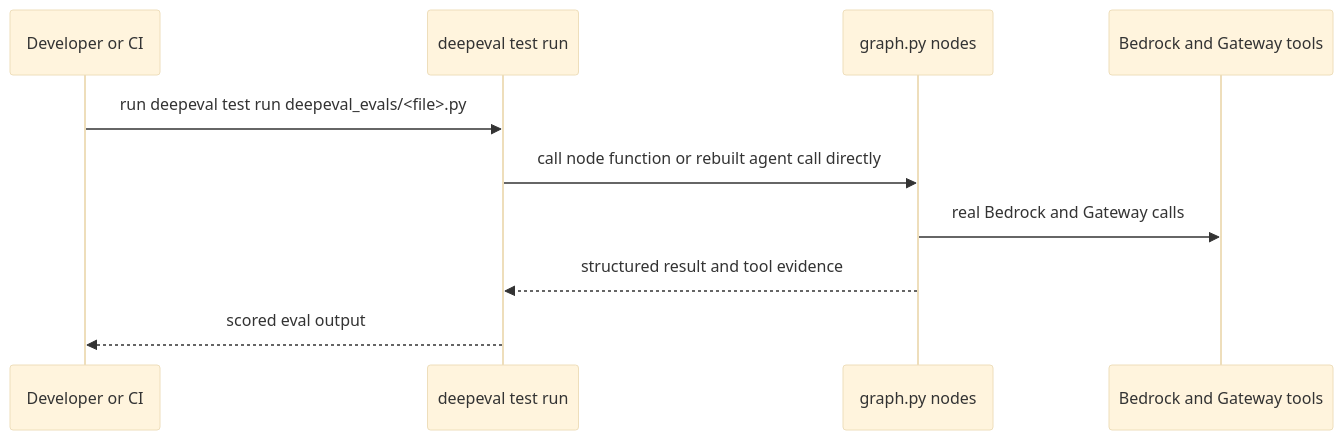
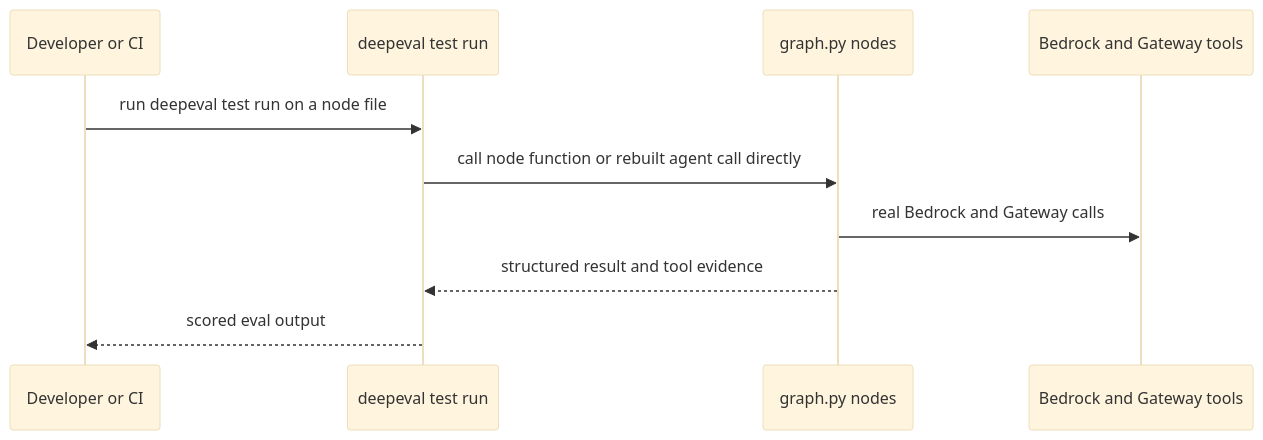
The second of 4 diagrams in openwiki/operations/deployment-and-evals.md (stevejgoodman/fionaa-aws), drawn with Mermaid (base theme) before and after one commit. The commit also changed other lines of this file and 37 other files, not shown here.

Commit message:
Add PASF/PADE readiness-triage assessment, architecture docs, and refreshed OpenWiki

````diff
--- a/openwiki/operations/deployment-and-evals.md
+++ b/openwiki/operations/deployment-and-evals.md
@@ -78,13 +73,13 @@
 ```mermaid
 sequenceDiagram
   participant Dev as Developer or CI
   participant DeepEval as deepeval test run
   participant NodeFns as graph.py nodes
   participant Tools as Bedrock and Gateway tools
 
-  Dev->>DeepEval: run deepeval test run deepeval_evals/<file>.py
+  Dev->>DeepEval: run deepeval test run on a node file
   DeepEval->>NodeFns: call node function or rebuilt agent call directly
   NodeFns->>Tools: real Bedrock and Gateway calls
   NodeFns-->>DeepEval: structured result and tool evidence
   DeepEval-->>Dev: scored eval output
 ```
````
